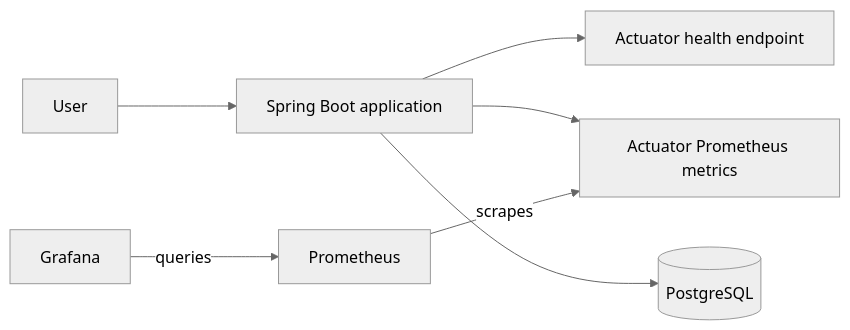
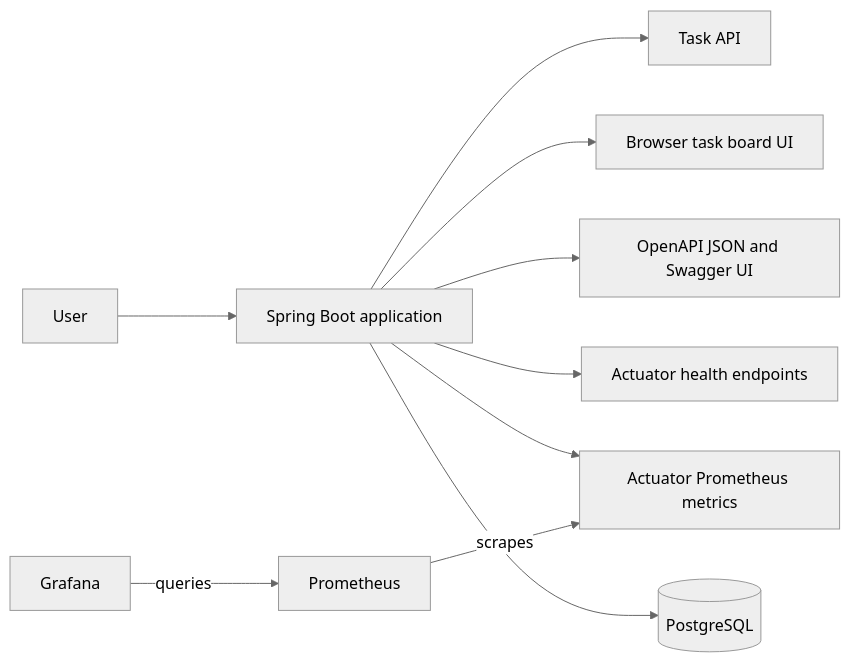
One commit to istvandezsi/java-cloud-platform-lab changed the first of 4 diagrams in docs/architecture.md. Above: the diagram before and after it, drawn with Mermaid (neutral theme). The commit also changed other lines of this file, not shown here.

Commit message:
Document OpenAPI in architecture overview

````diff
--- a/docs/architecture.md
+++ b/docs/architecture.md
@@ -23,11 +36,14 @@
 ```mermaid
 flowchart LR
     User[User] --> App[Spring Boot application]
 
-    App --> Health[Actuator health endpoint]
+    App --> Api[Task API]
+    App --> Ui[Browser task board UI]
+    App --> OpenApi[OpenAPI JSON and Swagger UI]
+    App --> Health[Actuator health endpoints]
     App --> Metrics[Actuator Prometheus metrics]
     App --> Database[(PostgreSQL)]
 
     Prometheus[Prometheus] -->|scrapes| Metrics
     Grafana[Grafana] -->|queries| Prometheus
 ```
````
